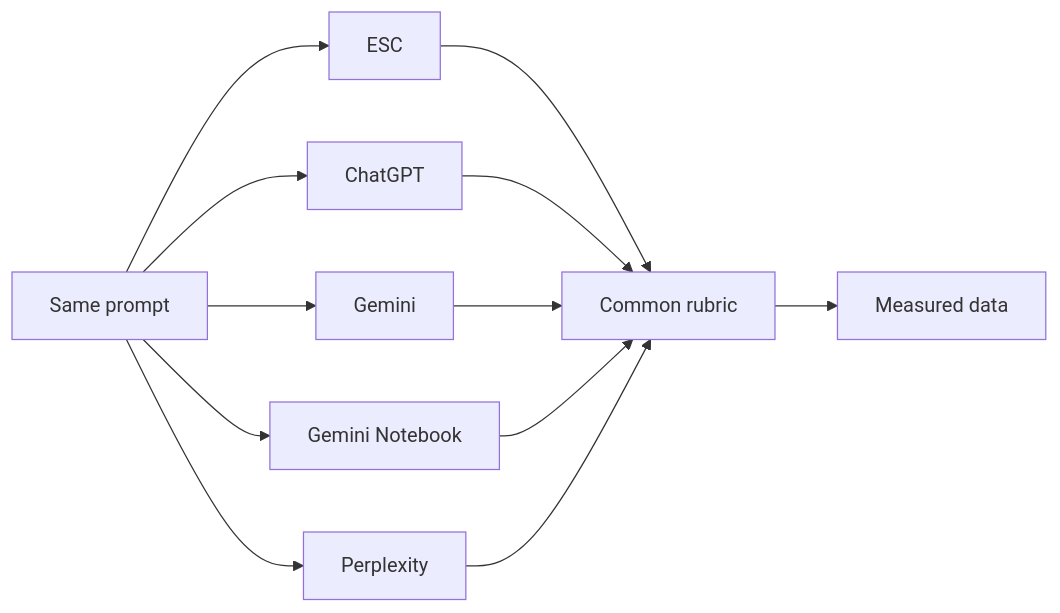
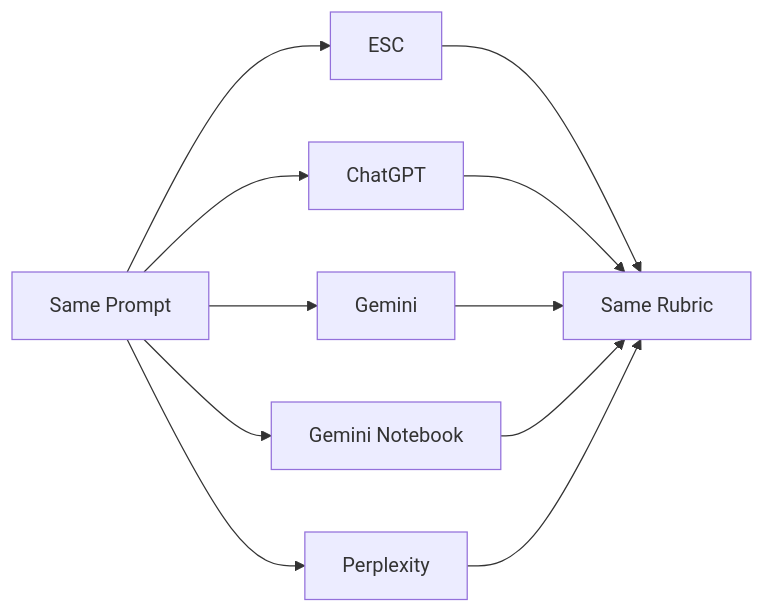
One commit to mahik2007/hackathon changed the ninth of 12 diagrams in README.md. Above: the diagram before and after it, drawn with Mermaid. The commit also changed other lines of this file, not shown here.

````diff
--- a/README.md
+++ b/README.md
@@ -138,14 +146,13 @@
-``` mermaid
+```mermaid
 flowchart LR
-    P[Same prompt] --> T1[ESC]
-    P --> T2[ChatGPT]
-    P --> T3[Gemini]
-    P --> T4[Gemini Notebook]
-    P --> T5[Perplexity]
-    T1 --> R[Common rubric]
-    T2 --> R
-    T3 --> R
-    T4 --> R
-    T5 --> R
-    R --> D[Measured data]
+    Q[Same Prompt] --> E[ESC]
+    Q --> C[ChatGPT]
+    Q --> G[Gemini]
+    Q --> N[Gemini Notebook]
+    Q --> P[Perplexity]
+    E --> R[Same Rubric]
+    C --> R
+    G --> R
+    N --> R
+    P --> R
 ```
````
